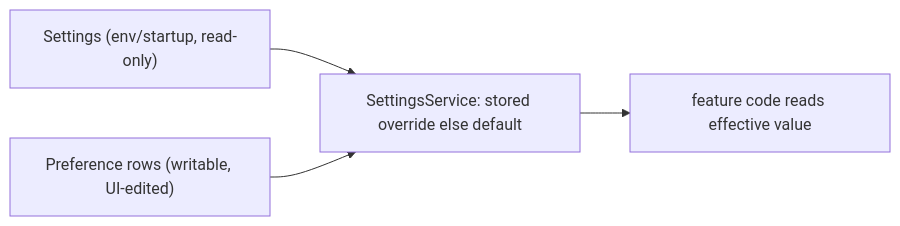
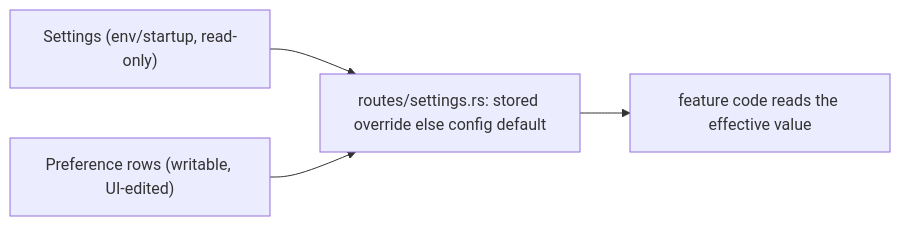
One commit to rwiseman87/hearsay changed the diagram in docs/settings-panels.md. Above: the diagram before and after it, drawn with Mermaid. The commit also changed other lines of this file and 24 other files, not shown here.

````diff
--- a/docs/settings-panels.md
+++ b/docs/settings-panels.md
@@ -37,6 +42,6 @@
 ```mermaid
 flowchart LR
   env["Settings (env/startup, read-only)"] --> resolve
   db["Preference rows (writable, UI-edited)"] --> resolve
-  resolve["SettingsService: stored override else default"] --> feature["feature code reads effective value"]
+  resolve["routes/settings.rs: stored override else config default"] --> feature["feature code reads the effective value"]
 ```
````
